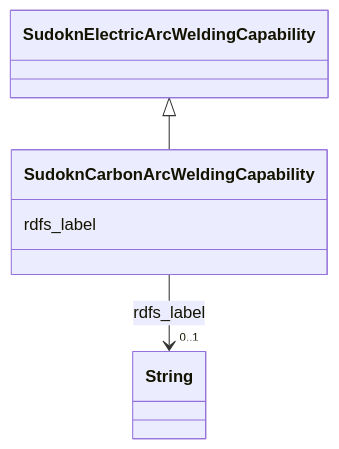
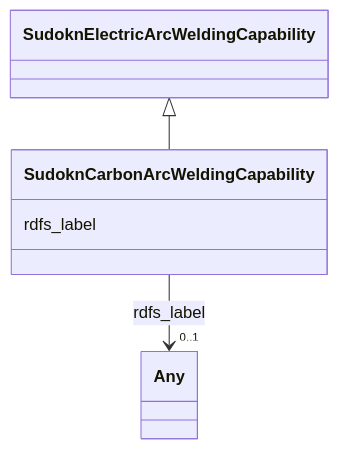
The diagram in sudokn-kg/classes/SudoknCarbonArcWeldingCapability.md (frink-okn/graph-descriptions), drawn with Mermaid before and after one commit. The commit also changed other lines of this file and 903 other files, not shown here.

````diff
--- a/sudokn-kg/classes/SudoknCarbonArcWeldingCapability.md
+++ b/sudokn-kg/classes/SudoknCarbonArcWeldingCapability.md
@@ -23,18 +16,18 @@
 ```mermaid
  classDiagram
     class SudoknCarbonArcWeldingCapability
     click SudoknCarbonArcWeldingCapability href "../SudoknCarbonArcWeldingCapability"
       SudoknElectricArcWeldingCapability <|-- SudoknCarbonArcWeldingCapability
         click SudoknElectricArcWeldingCapability href "../SudoknElectricArcWeldingCapability"
       
       SudoknCarbonArcWeldingCapability : rdfs_label
         
           
     
     
-    SudoknCarbonArcWeldingCapability --> "0..1" String : rdfs_label
-    click String href "../String"
+    SudoknCarbonArcWeldingCapability --> "0..1" Any : rdfs_label
+    click Any href "../Any"
 
         
       
 ```
````
